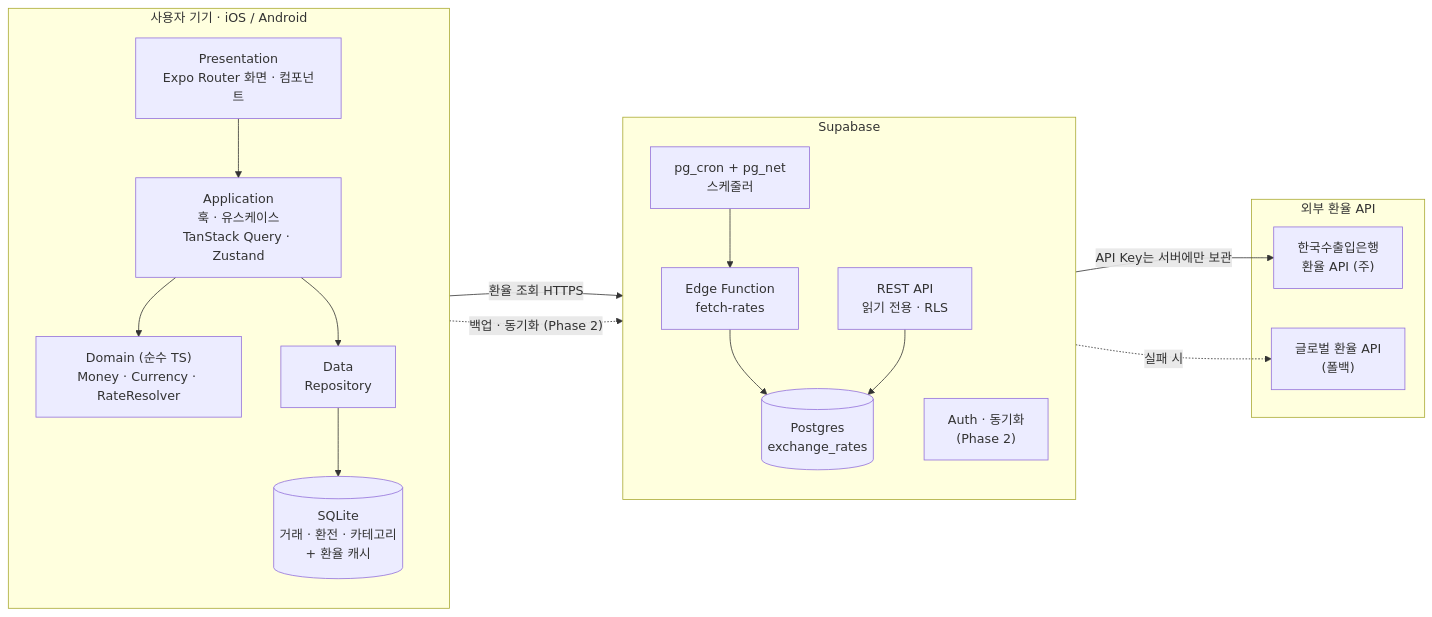
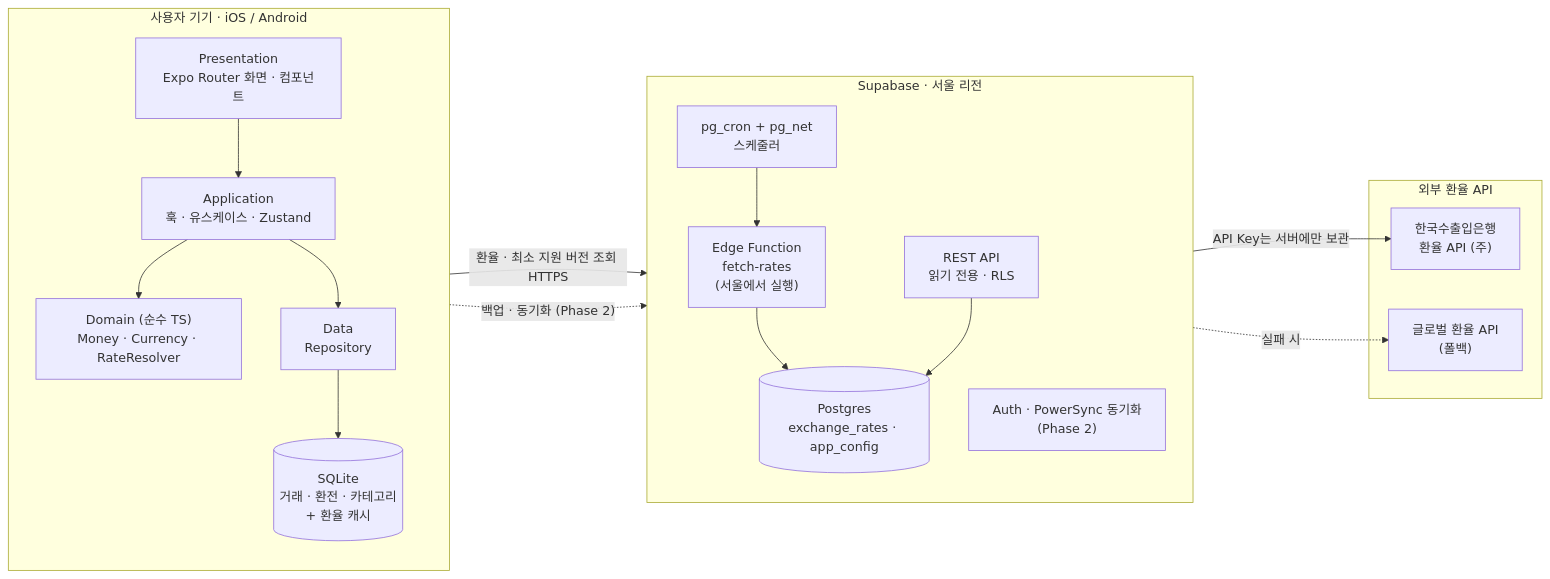
The first of 5 diagrams in docs/01-architecture.md (Xeoyeon/tradger), drawn with Mermaid before and after one commit. The commit also changed other lines of this file and 3 other files, not shown here.

````diff
--- a/docs/01-architecture.md
+++ b/docs/01-architecture.md
@@ -71,37 +75,37 @@
 ```mermaid
 flowchart LR
   subgraph Device["사용자 기기 · iOS / Android"]
     direction TB
     UI["Presentation<br/>Expo Router 화면 · 컴포넌트"]
-    APP["Application<br/>훅 · 유스케이스<br/>TanStack Query · Zustand"]
+    APP["Application<br/>훅 · 유스케이스 · Zustand"]
     DOM["Domain (순수 TS)<br/>Money · Currency · RateResolver"]
     DATA["Data<br/>Repository"]
     DB[("SQLite<br/>거래 · 환전 · 카테고리<br/>+ 환율 캐시")]
     UI --> APP
     APP --> DOM
     APP --> DATA
     DATA --> DB
   end
 
-  subgraph Cloud["Supabase"]
+  subgraph Cloud["Supabase · 서울 리전"]
     direction TB
     REST["REST API<br/>읽기 전용 · RLS"]
-    PG[("Postgres<br/>exchange_rates")]
-    EF["Edge Function<br/>fetch-rates"]
+    PG[("Postgres<br/>exchange_rates · app_config")]
+    EF["Edge Function<br/>fetch-rates<br/>(서울에서 실행)"]
     CRON["pg_cron + pg_net<br/>스케줄러"]
     CRON --> EF
     EF --> PG
     REST --> PG
-    AUTH["Auth · 동기화<br/>(Phase 2)"]
+    AUTH["Auth · PowerSync 동기화<br/>(Phase 2)"]
   end
 
   subgraph Ext["외부 환율 API"]
     KEXIM["한국수출입은행<br/>환율 API (주)"]
     FB["글로벌 환율 API<br/>(폴백)"]
   end
 
-  DATA -- "환율 조회 HTTPS" --> REST
+  DATA -- "환율 · 최소 지원 버전 조회 HTTPS" --> REST
   DATA -. "백업 · 동기화 (Phase 2)" .-> AUTH
   EF -- "API Key는 서버에만 보관" --> KEXIM
   EF -. "실패 시" .-> FB
 ```
````
